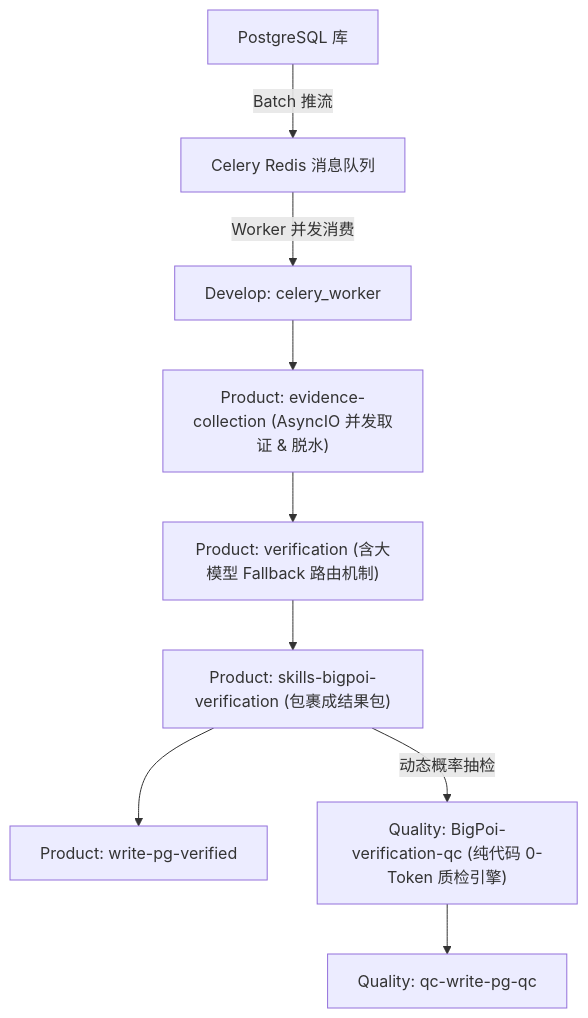
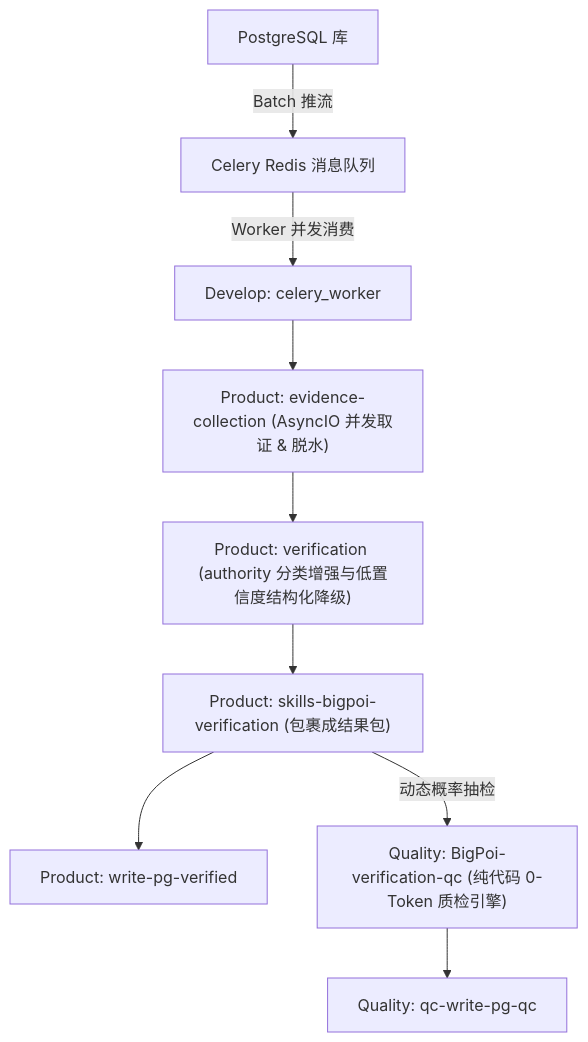
Before and after one commit to xyx593999449-ai/bigpoi-verification-v1.1.0: the diagram in README.md, drawn with Mermaid. The commit also changed other lines of this file and 17 other files, not shown here.

Commit message:
feat(product): authority category enhancement and internal websearch adapter

````diff
--- a/README.md
+++ b/README.md
@@ -47,11 +47,11 @@
 ```mermaid
 flowchart TD
     DB["PostgreSQL 库"] --> |"Batch 推流"| Q["Celery Redis 消息队列"]
     Q --> |"Worker 并发消费"| A["Develop: celery_worker"]
     A --> B["Product: evidence-collection (AsyncIO 并发取证 & 脱水)"]
-    B --> C["Product: verification (含大模型 Fallback 路由机制)"]
+    B --> C["Product: verification (authority 分类增强与低置信度结构化降级)"]
     C --> D["Product: skills-bigpoi-verification (包裹成结果包)"]
     D --> E["Product: write-pg-verified"]
     D --> |"动态概率抽检"| F["Quality: BigPoi-verification-qc (纯代码 0-Token 质检引擎)"]
     F --> G["Quality: qc-write-pg-qc"]
 ```
````
